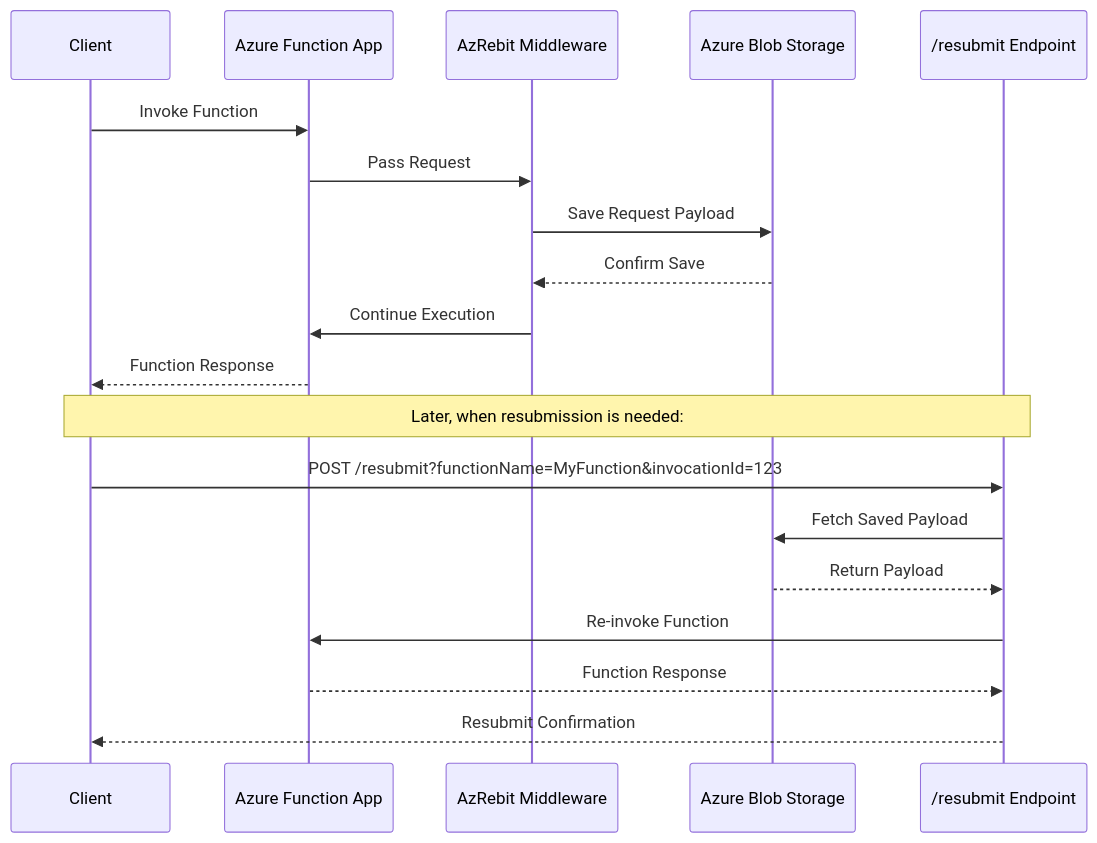
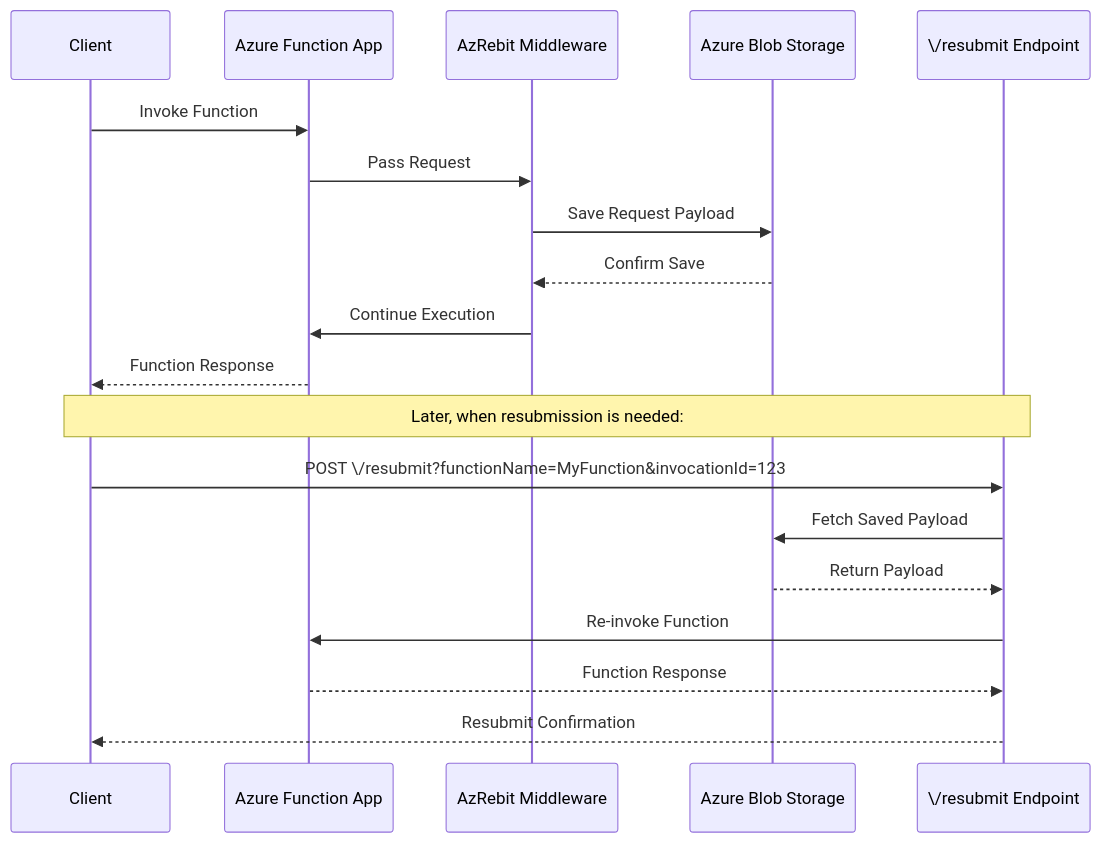
The second of 2 diagrams in README.md (FlipFlop17/AzRebit), drawn with Mermaid before and after one commit. The commit also changed other lines of this file, not shown here.

Commit message:
Fix mermaid diagram: escape /resubmit endpoint
- Escape forward slashes in mermaid diagrams with backslash (\/)
- Fixes rendering issues with /resubmit endpoint in both architecture and sequence diagrams
- Ensures proper mermaid syntax for endpoint labels

````diff
--- a/README.md
+++ b/README.md
@@ -173,24 +173,24 @@
 ```mermaid
 sequenceDiagram
     participant Client
     participant FunctionApp as Azure Function App
     participant Middleware as AzRebit Middleware
     participant Storage as Azure Blob Storage
-    participant Resubmit as /resubmit Endpoint
+    participant Resubmit as \/resubmit Endpoint
     
     Client->>FunctionApp: Invoke Function
     FunctionApp->>Middleware: Pass Request
     Middleware->>Storage: Save Request Payload
     Storage-->>Middleware: Confirm Save
     Middleware->>FunctionApp: Continue Execution
     FunctionApp-->>Client: Function Response
     
     Note over Client,Resubmit: Later, when resubmission is needed:
     
-    Client->>Resubmit: POST /resubmit?functionName=MyFunction&invocationId=123
+    Client->>Resubmit: POST \/resubmit?functionName=MyFunction&invocationId=123
     Resubmit->>Storage: Fetch Saved Payload
     Storage-->>Resubmit: Return Payload
     Resubmit->>FunctionApp: Re-invoke Function
     FunctionApp-->>Resubmit: Function Response
     Resubmit-->>Client: Resubmit Confirmation
 ```
````
